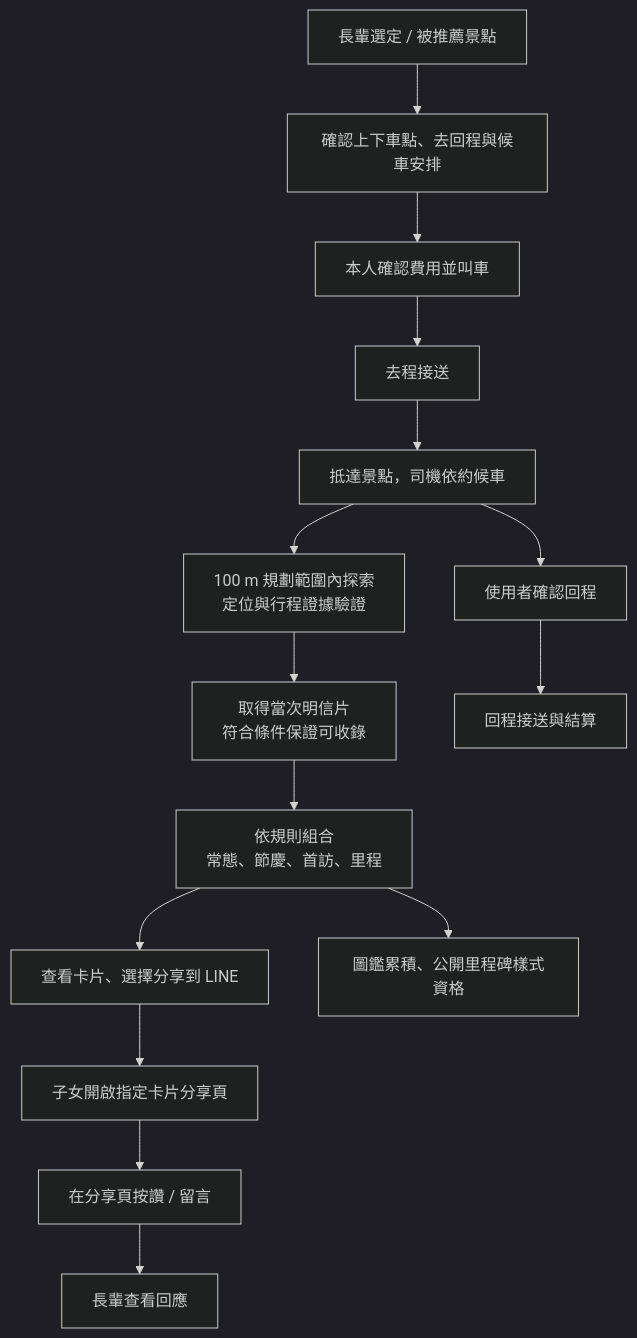
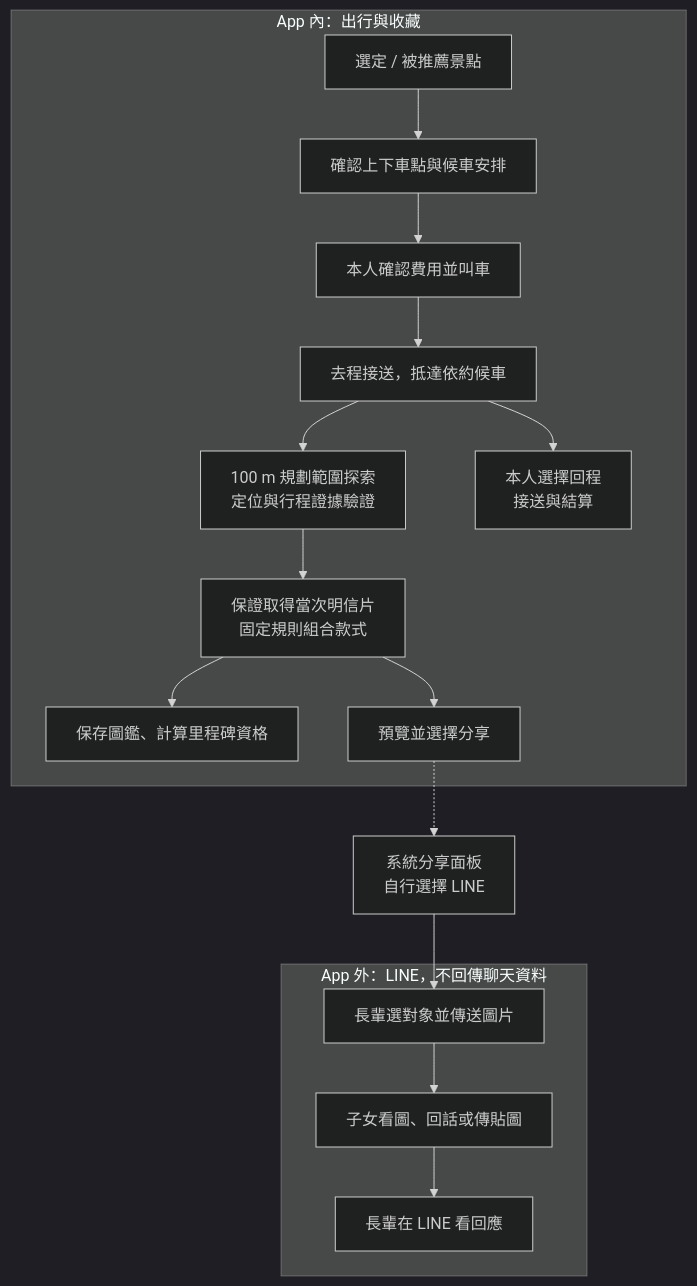
One commit to Ricky610329/Yoxi_app_design changed the first of 3 diagrams in pitch/writing/02-flow-design.md. Above: the diagram before and after it, drawn with Mermaid (dark theme). The commit also changed other lines of this file and 22 other files, not shown here.

Commit message:
docs: 釐清 LINE 外部分享邊界並補齊 Expo 技術棧圖解

````diff
--- a/pitch/writing/02-flow-design.md
+++ b/pitch/writing/02-flow-design.md
@@ -17,17 +19,22 @@
 ```mermaid
 flowchart TD
-  A["長輩選定 / 被推薦景點"] --> B["確認上下車點、去回程與候車安排"]
-  B --> C["本人確認費用並叫車"]
-  C --> D["去程接送"]
-  D --> E["抵達景點，司機依約候車"]
-  E --> F["100 m 規劃範圍內探索<br/>定位與行程證據驗證"]
-  F --> G["取得當次明信片<br/>符合條件保證可收錄"]
-  G --> H["依規則組合<br/>常態、節慶、首訪、里程"]
-  H --> I["查看卡片、選擇分享到 LINE"]
-  I --> J["子女開啟指定卡片分享頁"]
-  J --> K["在分享頁按讚 / 留言"]
-  K --> L["長輩查看回應"]
-  H --> M["圖鑑累積、公開里程碑樣式資格"]
-  E --> R["使用者確認回程"]
-  R --> S["回程接送與結算"]
+  subgraph APP["App 內：出行與收藏"]
+    A["選定 / 被推薦景點"] --> B["確認上下車點與候車安排"]
+    B --> C["本人確認費用並叫車"]
+    C --> D["去程接送，抵達依約候車"]
+    D --> E["100 m 規劃範圍探索<br/>定位與行程證據驗證"]
+    E --> F["保證取得當次明信片<br/>固定規則組合款式"]
+    F --> G["保存圖鑑、計算里程碑資格"]
+    F --> H["預覽並選擇分享"]
+    D --> R["本人選擇回程<br/>接送與結算"]
+  end
+  H -.-> OS["系統分享面板<br/>自行選擇 LINE"]
+  subgraph OUTSIDE["App 外：LINE，不回傳聊天資料"]
+    I["長輩選對象並傳送圖片"]
+    J["子女看圖、回話或傳貼圖"]
+    K["長輩在 LINE 看回應"]
+    I --> J
+    J --> K
+  end
+  OS --> I
 ```
````
